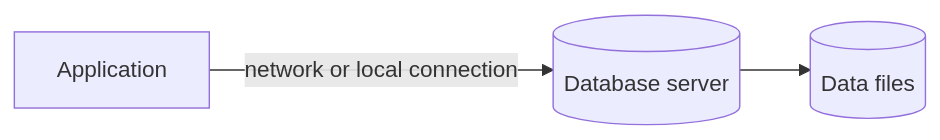
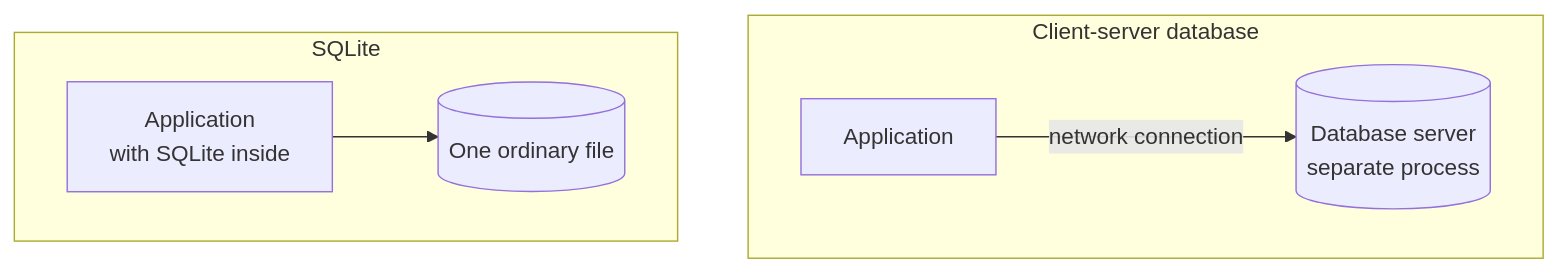
One commit to dataslope/dataslope changed the first of 4 diagrams in content/learn/sqlite-for-beginners/why-sqlite.mdx. Above: the diagram before and after it, drawn with Mermaid. The commit also changed other lines of this file and 7 other files, not shown here.

````diff
--- a/content/learn/sqlite-for-beginners/why-sqlite.mdx
+++ b/content/learn/sqlite-for-beginners/why-sqlite.mdx
@@ -93,5 +35,9 @@
 ```mermaid
-flowchart LR
-    A["Application"] -->|"network or local connection"| B[("Database server")]
-    B --> C[("Data files")]
+flowchart TB
+    subgraph CS["Client-server database"]
+        A1["Application"] -->|"network connection"| S1[("Database server<br/>separate process")]
+    end
+    subgraph EM["SQLite"]
+        A2["Application<br/>with SQLite inside"] --> F2[("One ordinary file")]
+    end
 ```
````
